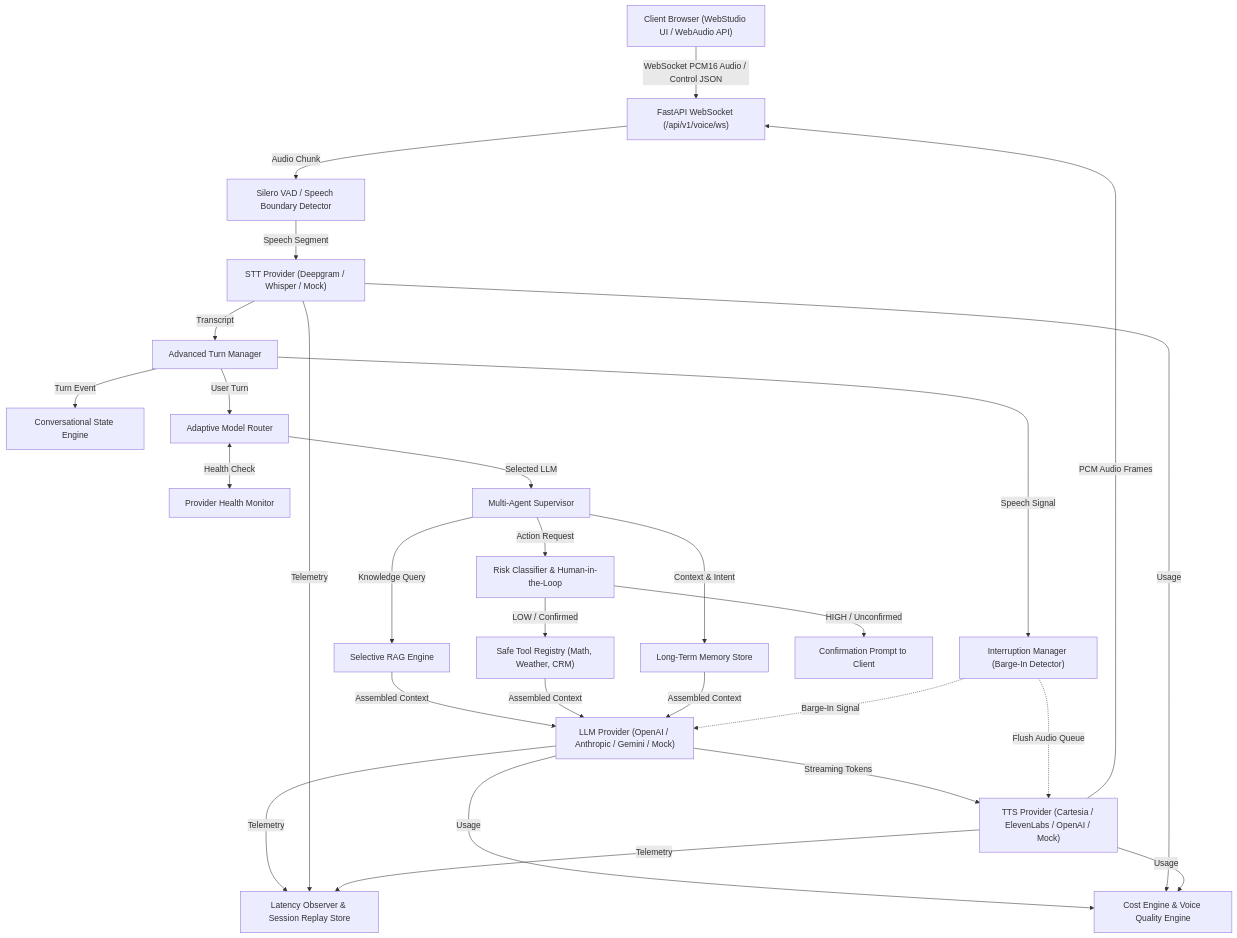
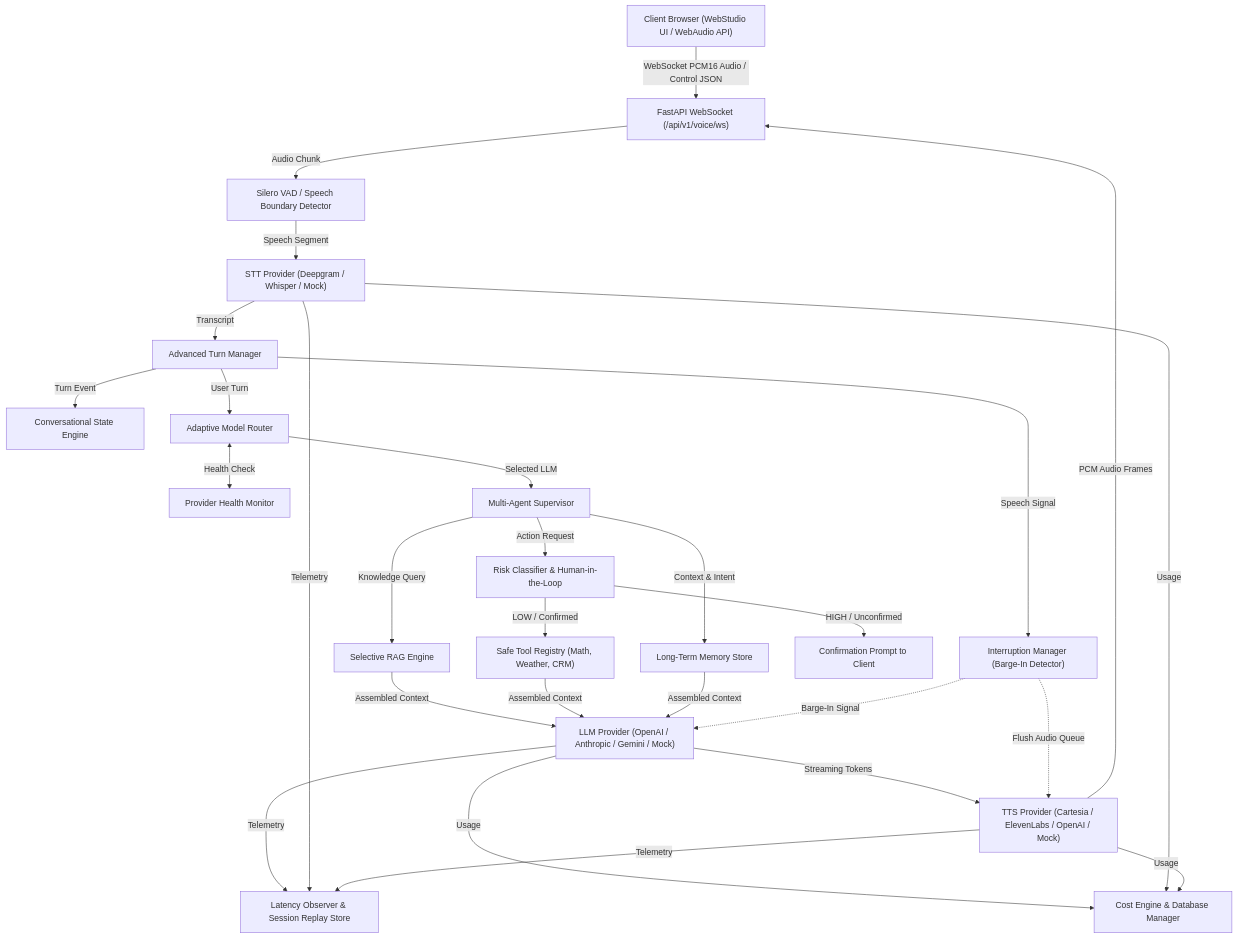
One commit to srinathdoggala-tech/voxpilot changed the diagram in README.md. Above: the diagram before and after it, drawn with Mermaid. The commit also changed other lines of this file, not shown here.

Commit message:
docs: comprehensive README update with production architecture and live deployment links

````diff
--- a/README.md
+++ b/README.md
@@ -48,31 +48,31 @@
 ```mermaid
 flowchart TD
     Client["Client Browser (WebStudio UI / WebAudio API)"] -->|WebSocket PCM16 Audio / Control JSON| WSEndpoint["FastAPI WebSocket (/api/v1/voice/ws)"]
     WSEndpoint -->|Audio Chunk| VAD["Silero VAD / Speech Boundary Detector"]
     VAD -->|Speech Segment| STT["STT Provider (Deepgram / Whisper / Mock)"]
     STT -->|Transcript| TurnMgr["Advanced Turn Manager"]
 
     TurnMgr -->|Turn Event| StateEngine["Conversational State Engine"]
     TurnMgr -->|Speech Signal| InterruptionMgr["Interruption Manager (Barge-In Detector)"]
     TurnMgr -->|User Turn| ModelRouter["Adaptive Model Router"]
 
     ModelRouter <-->|Health Check| HealthMon["Provider Health Monitor"]
     ModelRouter -->|Selected LLM| Supervisor["Multi-Agent Supervisor"]
 
     Supervisor -->|Context & Intent| LongTermMem["Long-Term Memory Store"]
     Supervisor -->|Knowledge Query| RAGEngine["Selective RAG Engine"]
     Supervisor -->|Action Request| RiskClassifier["Risk Classifier & Human-in-the-Loop"]
 
     RiskClassifier -->|LOW / Confirmed| ToolRegistry["Safe Tool Registry (Math, Weather, CRM)"]
     RiskClassifier -->|HIGH / Unconfirmed| ConfirmationRequest["Confirmation Prompt to Client"]
 
     RAGEngine & ToolRegistry & LongTermMem -->|Assembled Context| LLM["LLM Provider (OpenAI / Anthropic / Gemini / Mock)"]
     LLM -->|Streaming Tokens| TTS["TTS Provider (Cartesia / ElevenLabs / OpenAI / Mock)"]
     TTS -->|PCM Audio Frames| WSEndpoint
 
     InterruptionMgr -.->|Barge-In Signal| LLM
     InterruptionMgr -.->|Flush Audio Queue| TTS
 
     LLM & STT & TTS -->|Telemetry| LatencyObs["Latency Observer & Session Replay Store"]
-    LLM & STT & TTS -->|Usage| CostEngine["Cost Engine & Voice Quality Engine"]
+    LLM & STT & TTS -->|Usage| CostEngine["Cost Engine & Database Manager"]
 ```
````
